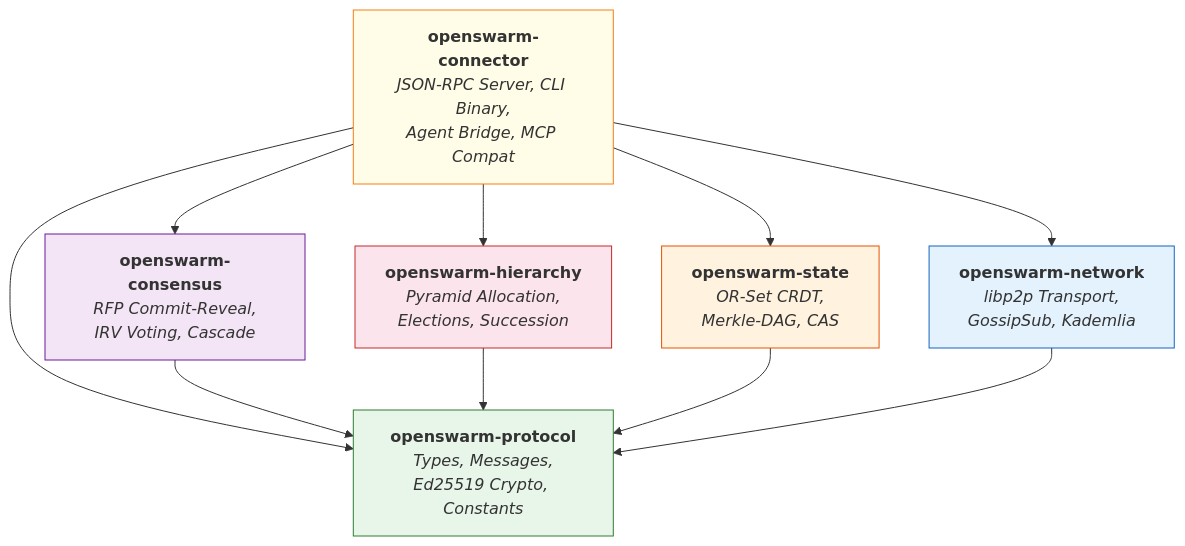
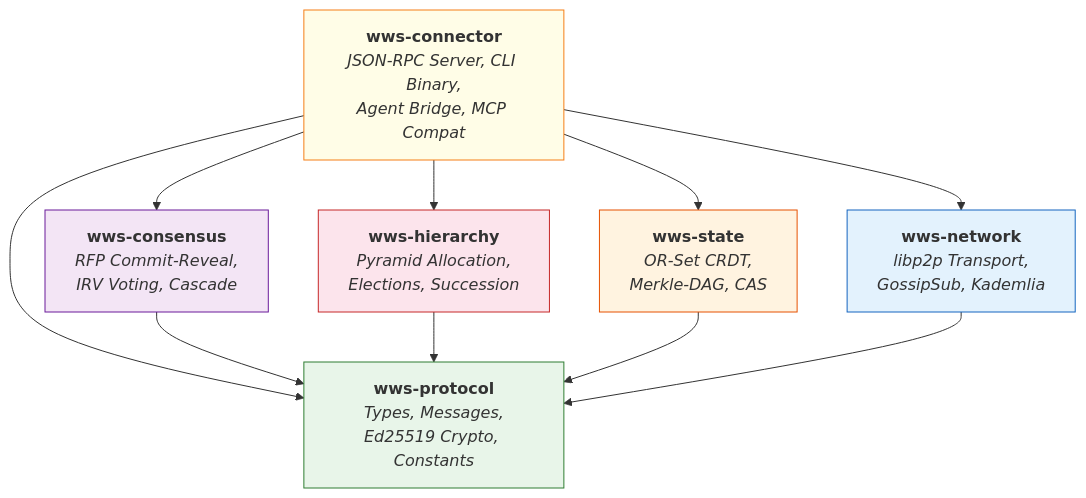
The first of 3 diagrams in docs/Architecture.md (Good-karma-lab/Agent-Swarm-Communication-Protocol), drawn with Mermaid before and after one commit. The commit also changed other lines of this file and 16 other files, not shown here.

````diff
--- a/docs/Architecture.md
+++ b/docs/Architecture.md
@@ -22,26 +33,26 @@
 ```mermaid
 graph TD
-    CONN["<b>openswarm-connector</b><br/><i>JSON-RPC Server, CLI Binary,<br/>Agent Bridge, MCP Compat</i>"]
-    CONS["<b>openswarm-consensus</b><br/><i>RFP Commit-Reveal,<br/>IRV Voting, Cascade</i>"]
-    HIER["<b>openswarm-hierarchy</b><br/><i>Pyramid Allocation,<br/>Elections, Succession</i>"]
-    STATE["<b>openswarm-state</b><br/><i>OR-Set CRDT,<br/>Merkle-DAG, CAS</i>"]
-    NET["<b>openswarm-network</b><br/><i>libp2p Transport,<br/>GossipSub, Kademlia</i>"]
-    PROTO["<b>openswarm-protocol</b><br/><i>Types, Messages,<br/>Ed25519 Crypto, Constants</i>"]
+    CONN["<b>wws-connector</b><br/><i>JSON-RPC Server, CLI Binary,<br/>Agent Bridge, MCP Compat</i>"]
+    CONS["<b>wws-consensus</b><br/><i>RFP Commit-Reveal,<br/>IRV Voting, Cascade</i>"]
+    HIER["<b>wws-hierarchy</b><br/><i>Pyramid Allocation,<br/>Elections, Succession</i>"]
+    STATE["<b>wws-state</b><br/><i>OR-Set CRDT,<br/>Merkle-DAG, CAS</i>"]
+    NET["<b>wws-network</b><br/><i>libp2p Transport,<br/>GossipSub, Kademlia</i>"]
+    PROTO["<b>wws-protocol</b><br/><i>Types, Messages,<br/>Ed25519 Crypto, Constants</i>"]
 
     CONN --> CONS
     CONN --> HIER
     CONN --> STATE
     CONN --> NET
     CONN --> PROTO
     CONS --> PROTO
     HIER --> PROTO
     STATE --> PROTO
     NET --> PROTO
 
     style PROTO fill:#e8f5e9,stroke:#2e7d32
     style NET fill:#e3f2fd,stroke:#1565c0
     style STATE fill:#fff3e0,stroke:#e65100
     style HIER fill:#fce4ec,stroke:#c62828
     style CONS fill:#f3e5f5,stroke:#6a1b9a
     style CONN fill:#fffde7,stroke:#f57f17
 ```
````
